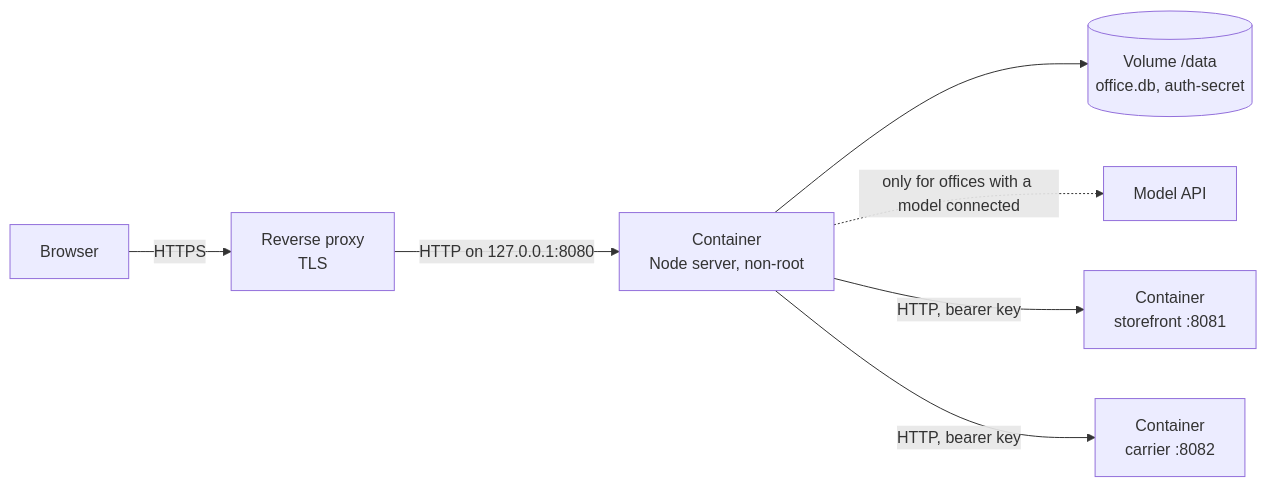
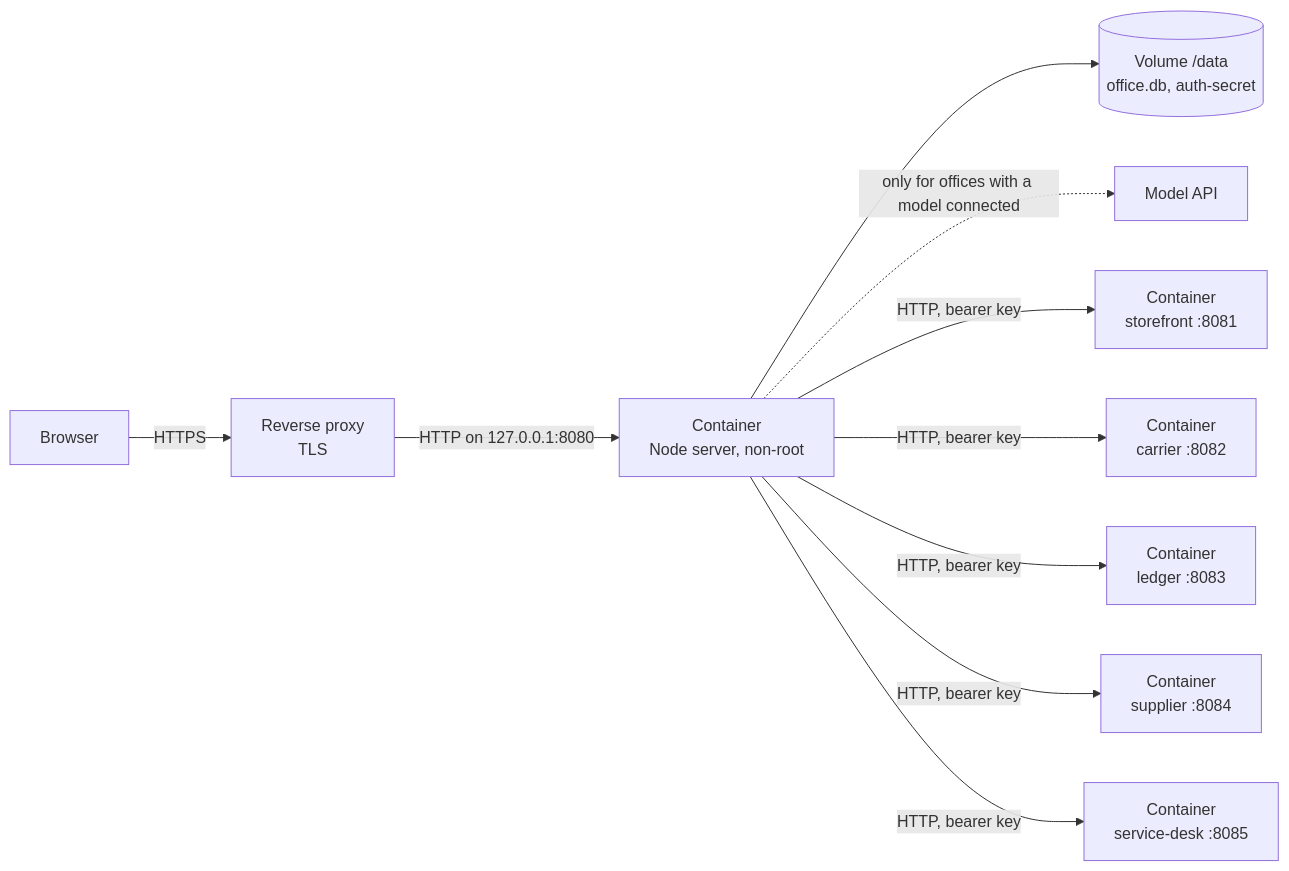
Diagram 15 of 15 in README.md (seyitgkc/ai-virtual-office), drawn with Mermaid before and after one commit. The commit also changed other lines of this file, not shown here.

````diff
--- a/README.md
+++ b/README.md
@@ -1711,9 +1755,12 @@
 ```mermaid
 flowchart LR
   user["Browser"] -->|HTTPS| proxy["Reverse proxy<br/>TLS"]
   proxy -->|"HTTP on 127.0.0.1:8080"| app["Container<br/>Node server, non-root"]
   app --> vol[("Volume /data<br/>office.db, auth-secret")]
   app -.->|"only for offices with a model connected"| api["Model API"]
   app -->|"HTTP, bearer key"| shop["Container<br/>storefront :8081"]
   app -->|"HTTP, bearer key"| freight["Container<br/>carrier :8082"]
+  app -->|"HTTP, bearer key"| books["Container<br/>ledger :8083"]
+  app -->|"HTTP, bearer key"| factory["Container<br/>supplier :8084"]
+  app -->|"HTTP, bearer key"| desk["Container<br/>service-desk :8085"]
 ```
````
